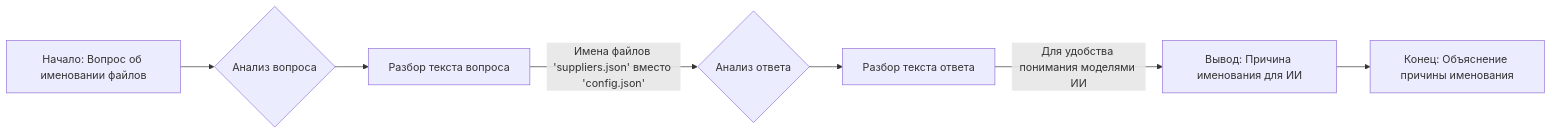
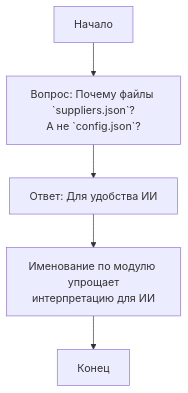
Before and after one commit to hypo69/hypo: the diagram in docs/gemini/ru/explainer/src/questions.md.md, drawn with Mermaid. The commit also changed other lines of this file and 3338 other files, not shown here.

````diff
--- a/docs/gemini/ru/explainer/src/questions.md.md
+++ b/docs/gemini/ru/explainer/src/questions.md.md
@@ -17,9 +24,7 @@
 ```mermaid
-graph LR
-    A[Начало: Вопрос об именовании файлов] --> B{Анализ вопроса};
-    B --> C[Разбор текста вопроса];
-    C -- "Имена файлов 'suppliers.json' вместо 'config.json'" --> D{Анализ ответа};
-    D --> E[Разбор текста ответа];
-    E -- "Для удобства понимания моделями ИИ" --> F[Вывод: Причина именования для ИИ];
-    F --> G[Конец: Объяснение причины именования];
+flowchart TD
+    Start[Начало] --> Question[Вопрос: Почему файлы `suppliers.json`?\nА не `config.json`?]
+    Question --> Answer[Ответ: Для удобства ИИ]
+    Answer --> Explanation[Именование по модулю упрощает\nинтерпретацию для ИИ]
+    Explanation --> End[Конец]
 ```
````
